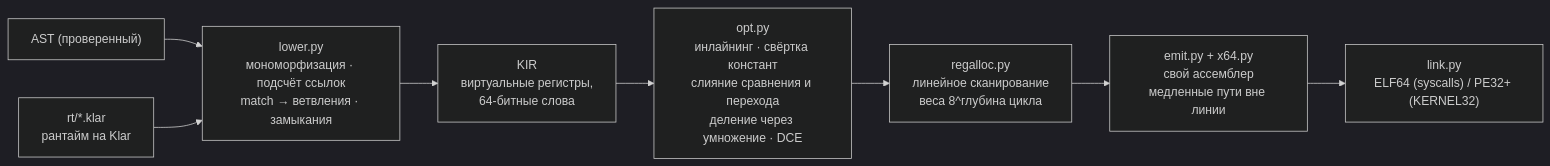
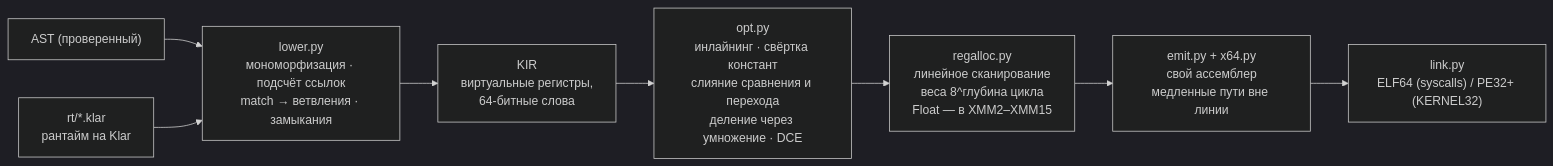
One commit to veosett/Klar changed the third of 3 diagrams in docs/ARCHITECTURE.md. Above: the diagram before and after it, drawn with Mermaid (dark theme). The commit also changed other lines of this file and 41 other files, not shown here.

````diff
--- a/docs/ARCHITECTURE.md
+++ b/docs/ARCHITECTURE.md
@@ -156,10 +156,10 @@
 ```mermaid
 flowchart LR
     ast["AST (проверенный)"] --> lower["lower.py<br/>мономорфизация · подсчёт ссылок<br/>match → ветвления · замыкания"]
     lower --> kir["KIR<br/>виртуальные регистры,<br/>64-битные слова"]
     kir --> opt["opt.py<br/>инлайнинг · свёртка констант<br/>слияние сравнения и перехода<br/>деление через умножение · DCE"]
-    opt --> ra["regalloc.py<br/>линейное сканирование<br/>веса 8^глубина цикла"]
+    opt --> ra["regalloc.py<br/>линейное сканирование<br/>веса 8^глубина цикла<br/>Float — в XMM2–XMM15"]
     ra --> emit["emit.py + x64.py<br/>свой ассемблер<br/>медленные пути вне линии"]
     emit --> link["link.py<br/>ELF64 (syscalls) / PE32+ (KERNEL32)"]
     rt["rt/*.klar<br/>рантайм на Klar"] --> lower
 ```
````
